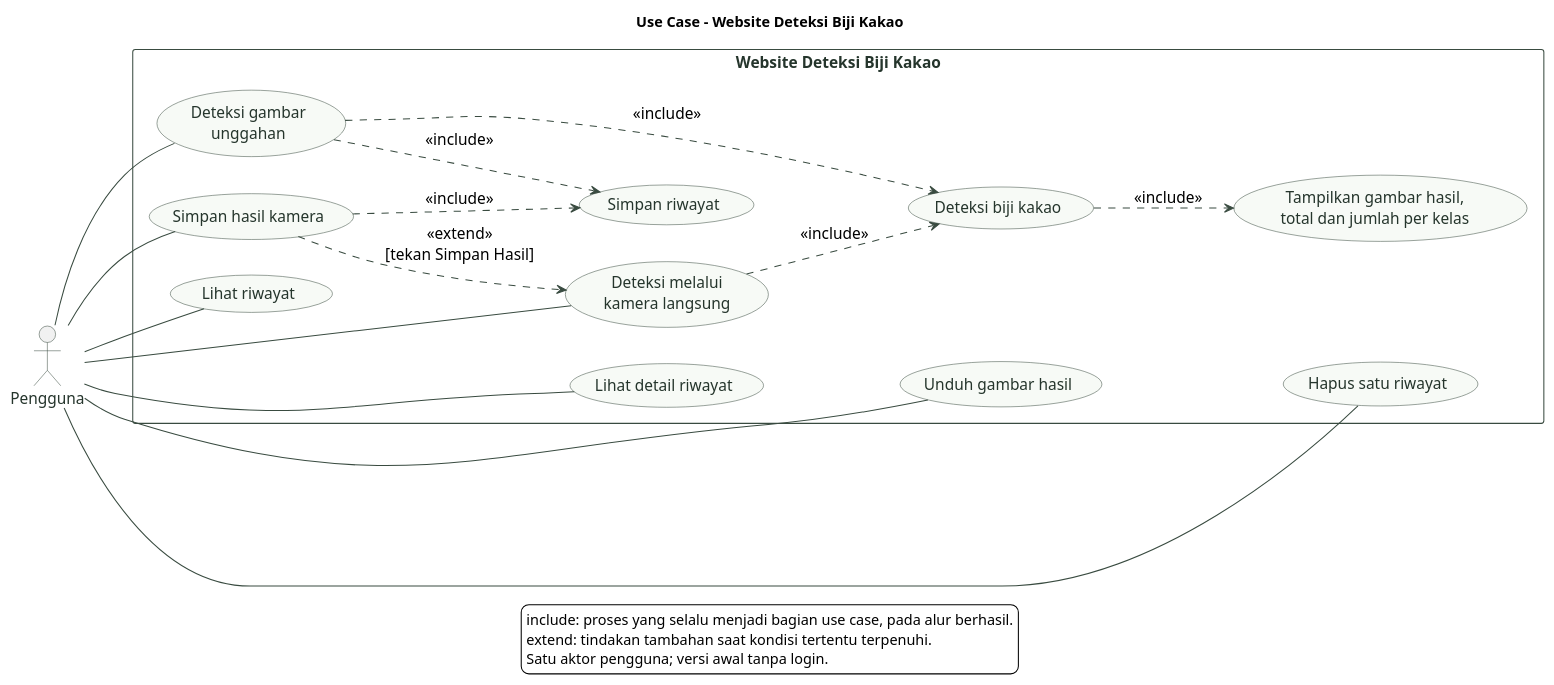
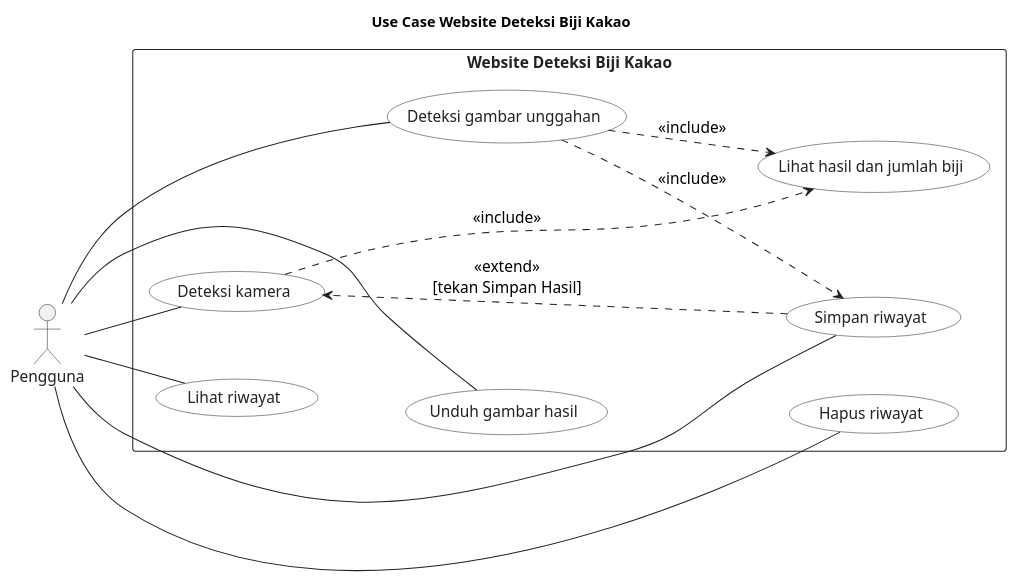
One commit to fiqqx/KAKAO-MODEL changed the diagram in docs/diagrams/use_case.puml. Above: the diagram before and after it, drawn with PlantUML. The commit also changed 26 other files, not shown here.

Commit message:
docs: simplify diagrams and add browser-history UI wireframes

```diff
--- a/docs/diagrams/use_case.puml
+++ b/docs/diagrams/use_case.puml
@@ -1,60 +1,44 @@
 @startuml
 left to right direction
 skinparam backgroundColor white
 skinparam shadowing false
 skinparam defaultFontName SansSerif
 skinparam defaultFontSize 15
-skinparam ArrowColor #394B40
-skinparam actorBorderColor #394B40
-skinparam actorFontColor #25352C
+skinparam ArrowColor #222222
+skinparam actorBorderColor #222222
+skinparam actorFontColor #222222
 skinparam usecase {
-  BackgroundColor #F7FAF6
-  BorderColor #394B40
-  FontColor #25352C
+  BackgroundColor white
+  BorderColor #222222
+  FontColor #222222
 }
 skinparam rectangle {
   BackgroundColor white
-  BorderColor #394B40
-  FontColor #25352C
+  BorderColor #222222
+  FontColor #222222
 }
-title Use Case - Website Deteksi Biji Kakao
-
+title Use Case Website Deteksi Biji Kakao
 actor "Pengguna" as U
 rectangle "Website Deteksi Biji Kakao" {
-  usecase "Deteksi melalui\nkamera langsung" as CAMERA
-  usecase "Deteksi gambar\nunggahan" as UPLOAD
-  usecase "Deteksi biji kakao" as DETECT
-  usecase "Tampilkan gambar hasil,\ntotal dan jumlah per kelas" as RESULT
-  usecase "Simpan hasil kamera" as SAVE_CAMERA
+  usecase "Deteksi kamera" as CAM
+  usecase "Deteksi gambar unggahan" as UPLOAD
+  usecase "Lihat hasil dan jumlah biji" as RESULT
   usecase "Simpan riwayat" as SAVE
   usecase "Lihat riwayat" as HISTORY
-  usecase "Lihat detail riwayat" as DETAIL
   usecase "Unduh gambar hasil" as DOWNLOAD
-  usecase "Hapus satu riwayat" as DELETE
+  usecase "Hapus riwayat" as DELETE
 }
-
-U -- CAMERA
+U -- CAM
 U -- UPLOAD
-U -- SAVE_CAMERA
+U -- SAVE
 U -- HISTORY
-U -- DETAIL
 U -- DOWNLOAD
 U -- DELETE
-
-CAMERA ..> DETECT : <<include>>
-UPLOAD ..> DETECT : <<include>>
-DETECT ..> RESULT : <<include>>
+CAM ..> RESULT : <<include>>
+UPLOAD ..> RESULT : <<include>>
 UPLOAD ..> SAVE : <<include>>
-SAVE_CAMERA ..> CAMERA : <<extend>>\n[tekan Simpan Hasil]
-SAVE_CAMERA ..> SAVE : <<include>>
-
-HISTORY -[hidden]down-> DETAIL
-DETAIL -[hidden]down-> DOWNLOAD
+SAVE ..> CAM : <<extend>>\n[tekan Simpan Hasil]
+CAM -[hidden]down-> UPLOAD
+HISTORY -[hidden]down-> DOWNLOAD
 DOWNLOAD -[hidden]down-> DELETE
-
-legend bottom
-  include: proses yang selalu menjadi bagian use case, pada alur berhasil.
-  extend: tindakan tambahan saat kondisi tertentu terpenuhi.
-  Satu aktor pengguna; versi awal tanpa login.
-endlegend
 @enduml
```
